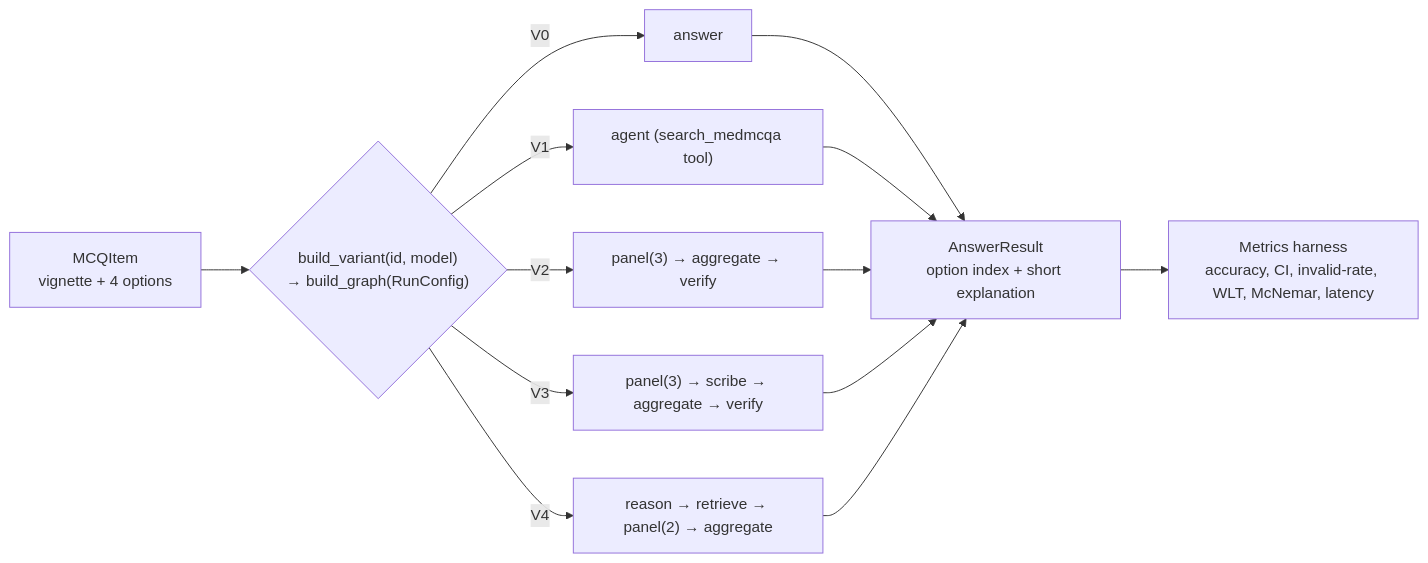
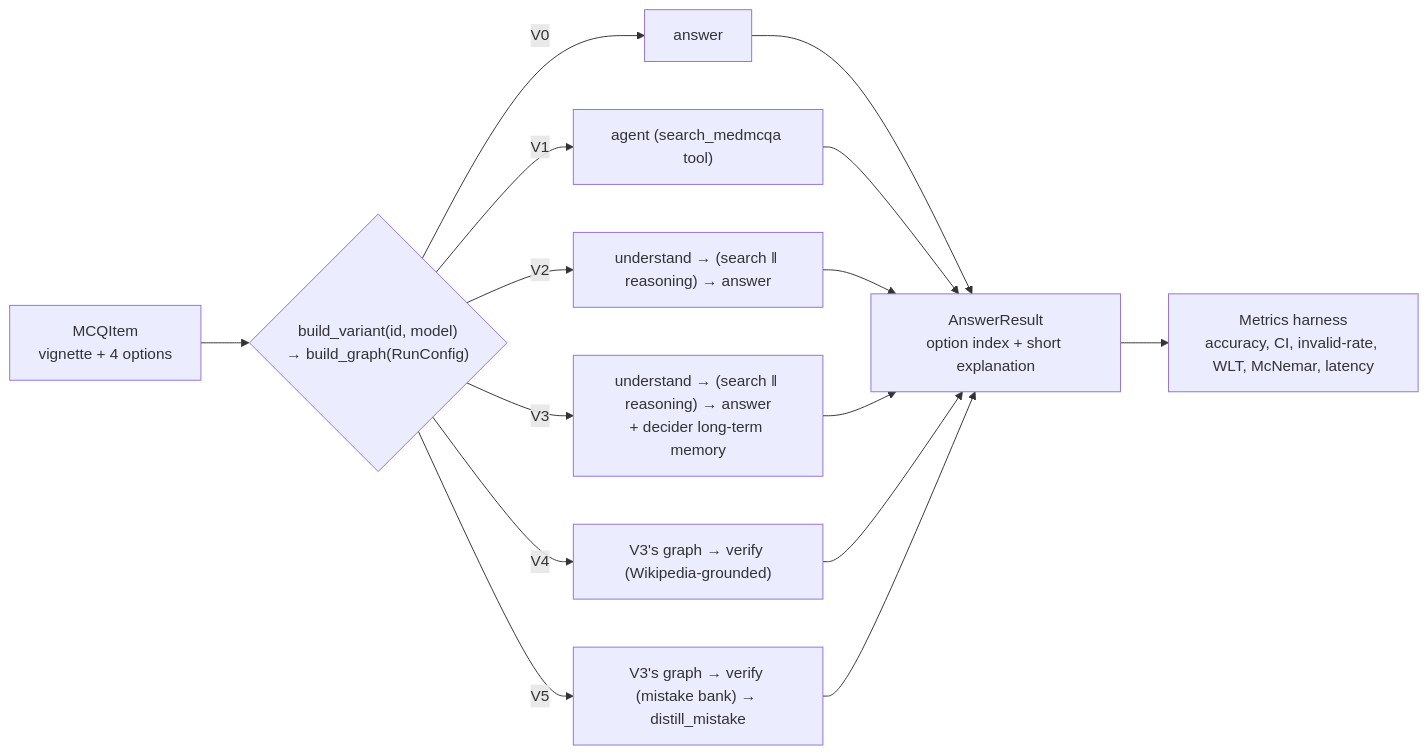
Before and after one commit to tigonguyen/langgraph-agent-hospital: the first of 7 diagrams in docs/ARCHITECTURE.md, drawn with Mermaid. The commit also changed other lines of this file and 3 other files, not shown here.

First line of the commit message:
docs: sync README/ARCHITECTURE/PLAN with the V0-V5 rebuild

````diff
--- a/docs/ARCHITECTURE.md
+++ b/docs/ARCHITECTURE.md
@@ -18,11 +18,12 @@
 ```mermaid
 flowchart LR
     item["MCQItem<br/>vignette + 4 options"] --> sw{"build_variant(id, model)<br/>→ build_graph(RunConfig)"}
     sw -->|V0| v0["answer"]
     sw -->|V1| v1["agent (search_medmcqa tool)"]
-    sw -->|V2| v2["panel(3) → aggregate → verify"]
-    sw -->|V3| v3["panel(3) → scribe → aggregate → verify"]
-    sw -->|V4| v4["reason → retrieve → panel(2) → aggregate"]
-    v0 & v1 & v2 & v3 & v4 --> ans["AnswerResult<br/>option index + short explanation"]
+    sw -->|V2| v2["understand → (search ‖ reasoning) → answer"]
+    sw -->|V3| v3["understand → (search ‖ reasoning) → answer<br/>+ decider long-term memory"]
+    sw -->|V4| v4["V3's graph → verify (Wikipedia-grounded)"]
+    sw -->|V5| v5["V3's graph → verify (mistake bank) → distill_mistake"]
+    v0 & v1 & v2 & v3 & v4 & v5 --> ans["AnswerResult<br/>option index + short explanation"]
     ans --> eval["Metrics harness<br/>accuracy, CI, invalid-rate, WLT, McNemar, latency"]
 ```
````
